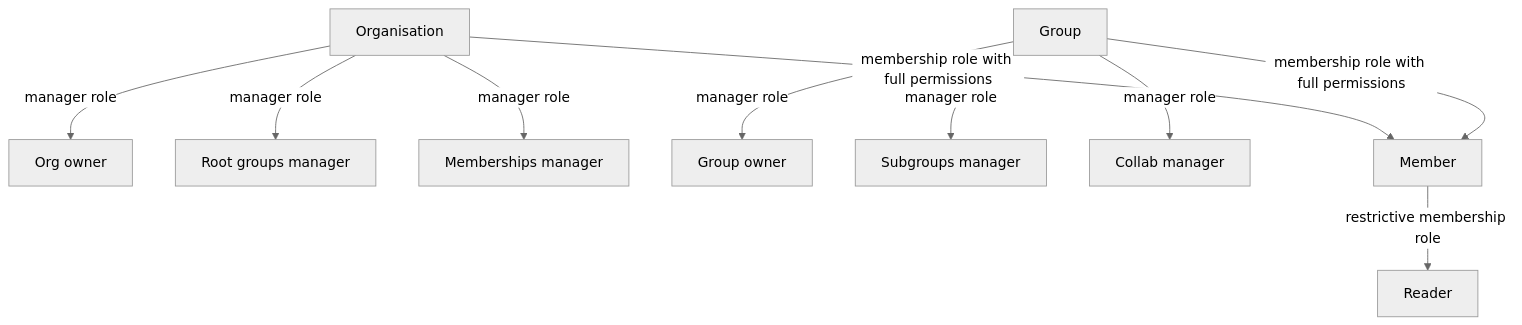
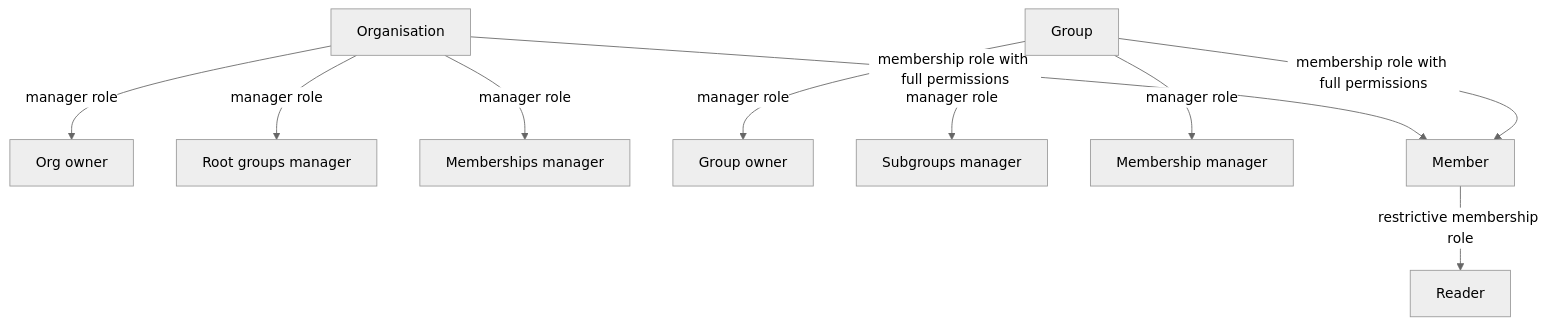
One commit to doga/qworum-domain-model changed the second of 3 diagrams in README.md. Above: the diagram before and after it, drawn with Mermaid (neutral theme). The commit also changed other lines of this file and 2 other files, not shown here.

Commit message:
update readme (intent to rename Collab to Membership, xxCheckpoint to Partnership)

````diff
--- a/README.md
+++ b/README.md
@@ -249,23 +185,23 @@
 ```mermaid
 flowchart TD
   o[Organisation]
   g[Group]
   oo[Org owner]
   rgm[Root groups manager]
   omm[Memberships manager]
   go[Group owner]
   sm[Subgroups manager]
-  cm[Collab manager]
+  cm[Membership manager]
   m[Member]
   r[Reader]
 
   o -- manager role --> oo
   o -- manager role --> rgm
   o -- manager role --> omm
   g -- manager role --> go
   g -- manager role --> sm
   g -- manager role --> cm
   o  -- membership role with full permissions --> m
   g  -- membership role with full permissions --> m
   m  -- restrictive membership role --> r
 ```
````
